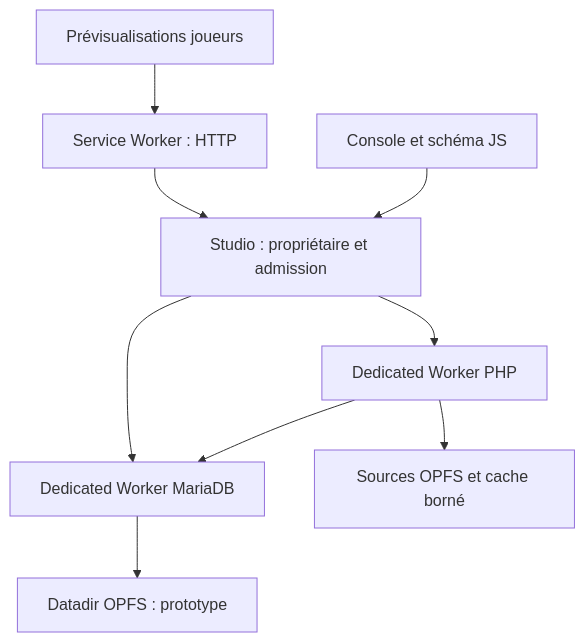
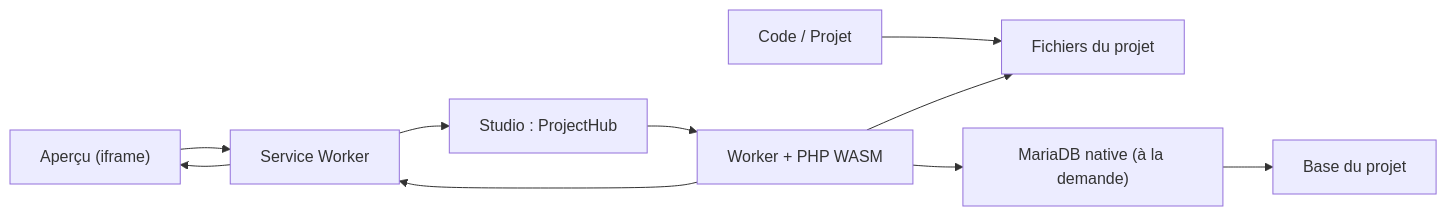
Before and after one commit to Bastian-Noel/ALWIS: the first of 3 diagrams in docs/architecture.md, drawn with Mermaid. The commit also changed other lines of this file and 54 other files, not shown here.

````diff
--- a/docs/architecture.md
+++ b/docs/architecture.md
@@ -18,11 +9,12 @@
 ```mermaid
-flowchart TD
-  P["Prévisualisations joueurs"] --> SW["Service Worker : HTTP"]
-  SW --> O["Studio : propriétaire et admission"]
-  UI["Console et schéma JS"] --> O
-  O --> PHP["Dedicated Worker PHP"]
-  O --> DB["Dedicated Worker MariaDB"]
-  PHP --> DB
-  PHP --> F["Sources OPFS et cache borné"]
-  DB --> D["Datadir OPFS : prototype"]
+flowchart LR
+  E["Code / Projet"] --> F["Fichiers du projet"]
+  P["Aperçu (iframe)"] --> SW["Service Worker"]
+  SW --> H["Studio : ProjectHub"]
+  H --> W["Worker + PHP WASM"]
+  W --> SQL["MariaDB native (à la demande)"]
+  W --> F
+  SQL --> B["Base du projet"]
+  W --> SW
+  SW --> P
 ```
````
